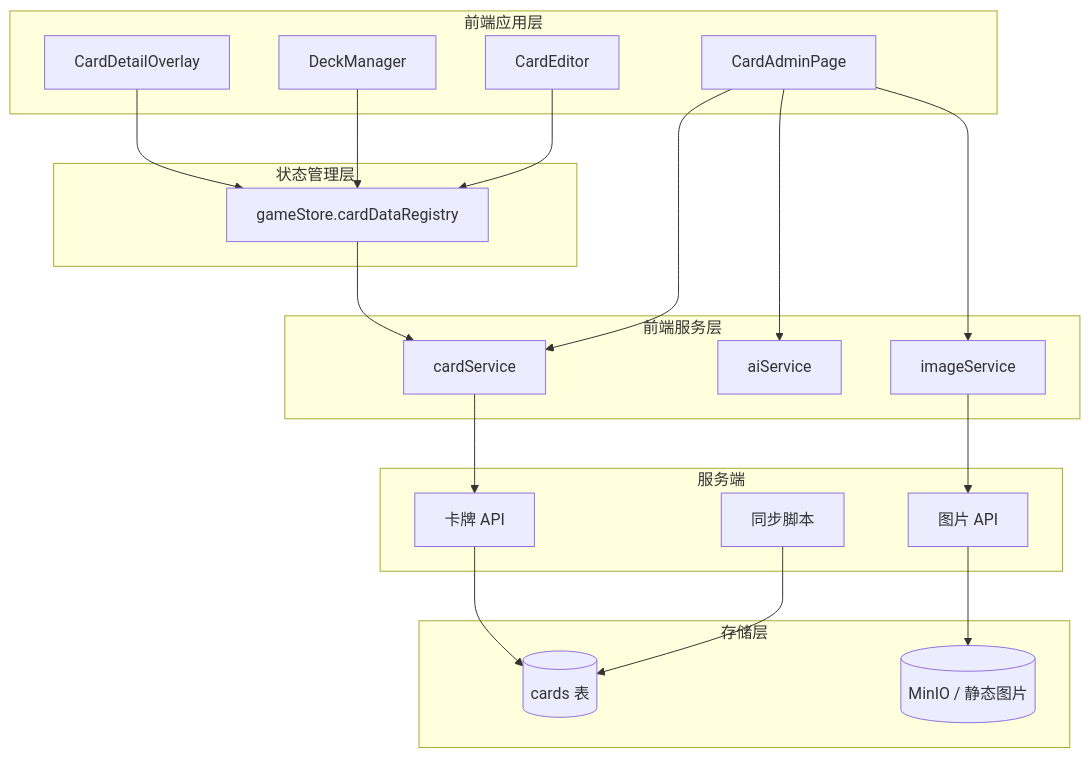
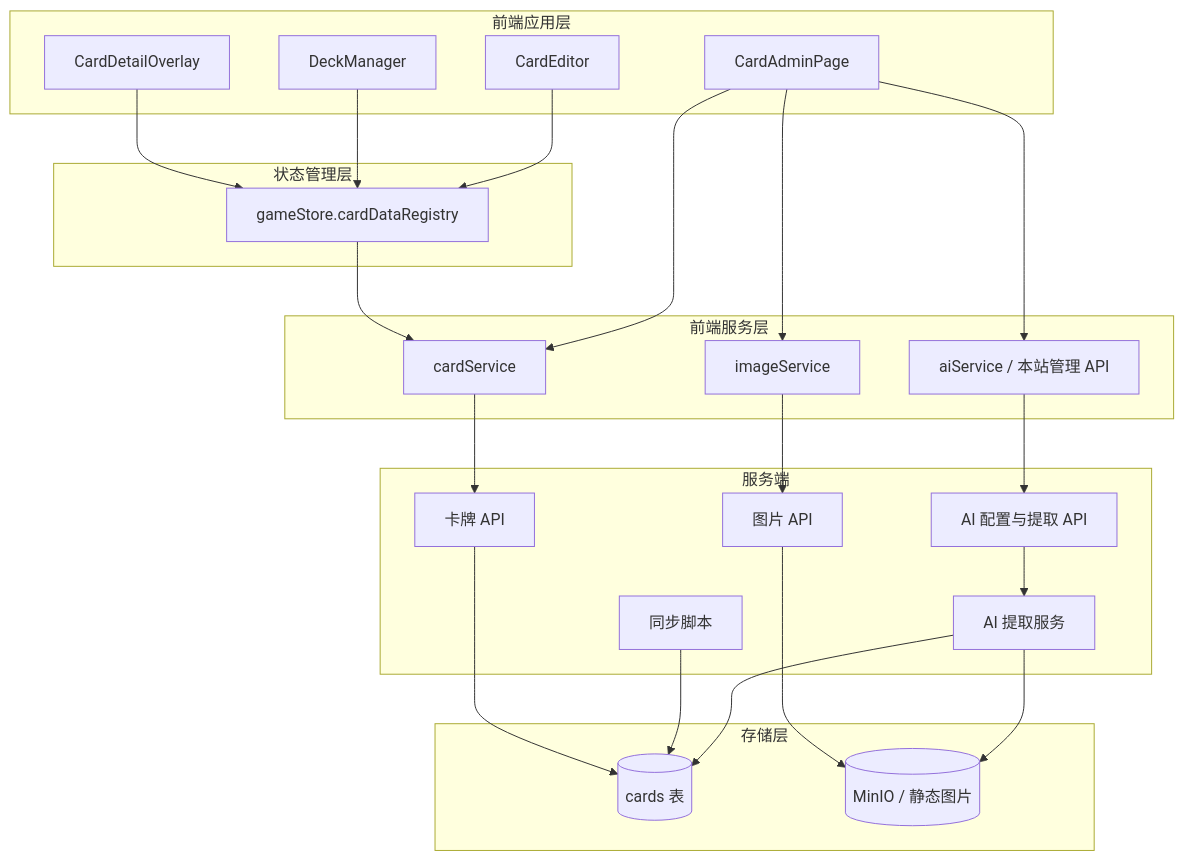
Before and after one commit to catmeow123456/loveca-dev: the first of 2 diagrams in docs/card-data-management/design.md, drawn with Mermaid. The commit also changed other lines of this file and 80 other files, not shown here.

````diff
--- a/docs/card-data-management/design.md
+++ b/docs/card-data-management/design.md
@@ -21,43 +21,49 @@
 ```mermaid
 flowchart TB
     subgraph Frontend["前端应用层"]
         Admin[CardAdminPage]
         DeckEditor[CardEditor]
         DeckManager[DeckManager]
         Overlay[CardDetailOverlay]
     end
 
     subgraph Service["前端服务层"]
         CardService[cardService]
-        AIService[aiService]
+        AIService[aiService / 本站管理 API]
         ImageService[imageService]
     end
 
     subgraph State["状态管理层"]
         GameStore[gameStore.cardDataRegistry]
     end
 
     subgraph Backend["服务端"]
         CardRoutes[卡牌 API]
         ImageRoutes[图片 API]
+        AIRoutes[AI 配置与提取 API]
+        AIServiceServer[AI 提取服务]
         Sync[同步脚本]
     end
 
     subgraph Storage["存储层"]
         Cards[(cards 表)]
         Images[(MinIO / 静态图片)]
     end
 
     Admin --> CardService
     Admin --> AIService
     Admin --> ImageService
     DeckEditor --> GameStore
     DeckManager --> GameStore
     Overlay --> GameStore
     GameStore --> CardService
     CardService --> CardRoutes
     ImageService --> ImageRoutes
+    AIService --> AIRoutes
+    AIRoutes --> AIServiceServer
+    AIServiceServer --> Cards
+    AIServiceServer --> Images
     Sync --> Cards
     CardRoutes --> Cards
     ImageRoutes --> Images
 ```
````
